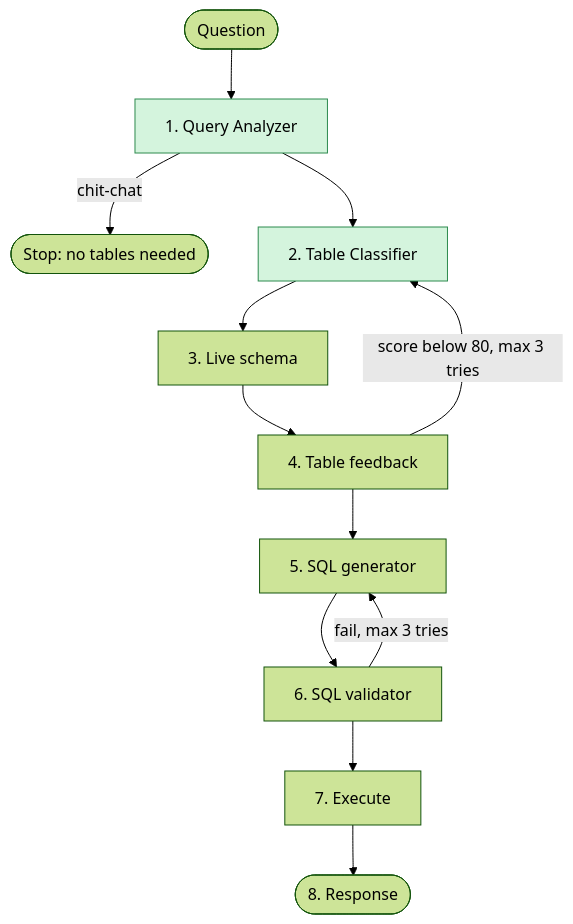
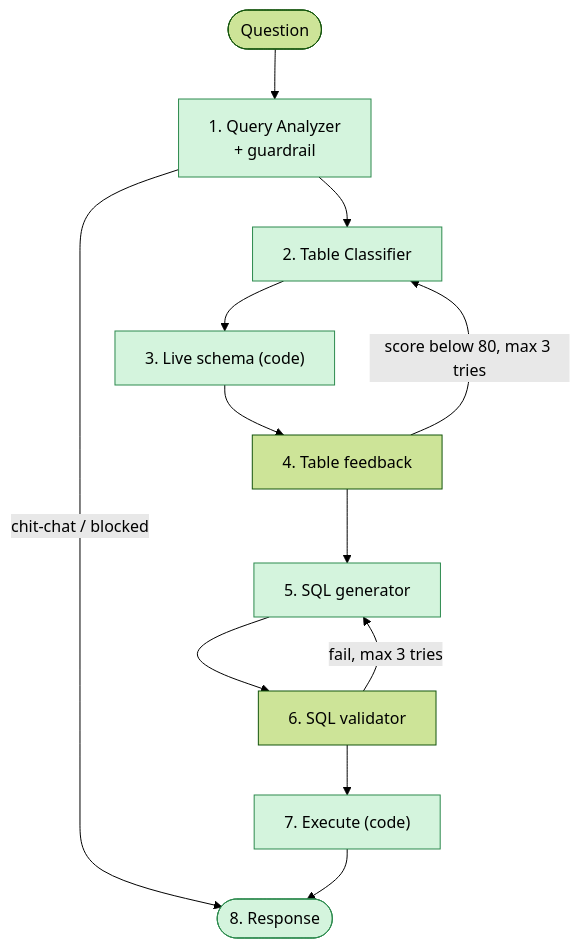
The second of 2 diagrams in README.md (dhruvesh9/nl2sql-agents), drawn with Mermaid (forest theme) before and after one commit. The commit also changed other lines of this file and 5 other files, not shown here.

````diff
--- a/README.md
+++ b/README.md
@@ -65,17 +64,17 @@
 ```mermaid
 flowchart TD
-    Q([Question]) --> S1["1. Query Analyzer"]
-    S1 -->|chit-chat| X([Stop: no tables needed])
+    Q([Question]) --> S1["1. Query Analyzer<br/>+ guardrail"]
+    S1 -->|"chit-chat / blocked"| S8
     S1 --> S2["2. Table Classifier"]
-    S2 --> S3["3. Live schema"]
+    S2 --> S3["3. Live schema (code)"]
     S3 --> S4["4. Table feedback"]
     S4 -->|"score below 80, max 3 tries"| S2
     S4 --> S5["5. SQL generator"]
     S5 --> S6["6. SQL validator"]
     S6 -->|"fail, max 3 tries"| S5
-    S6 --> S7["7. Execute"]
-    S7 --> S8([8. Response])
+    S6 --> S7["7. Execute (code)"]
+    S7 --> S8(["8. Response"])
 
     classDef done fill:#d4f4dd,stroke:#2d8a4e,color:#000;
-    class S1,S2 done;
+    class S1,S2,S3,S5,S7,S8 done;
 ```
````
